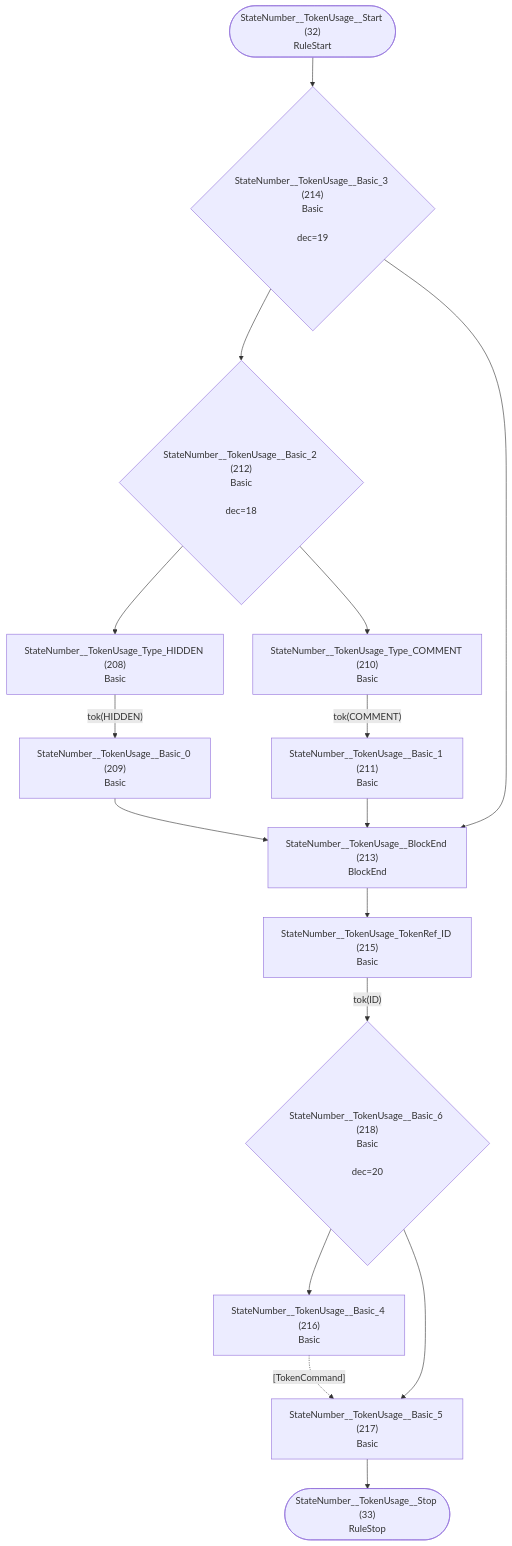
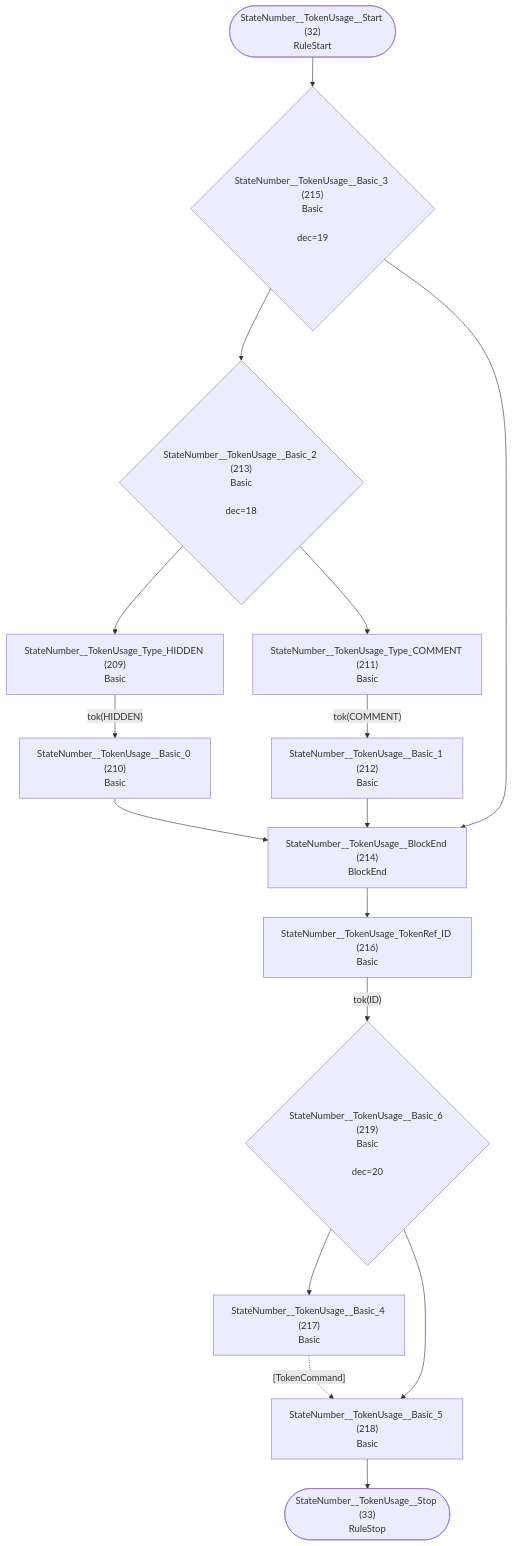
Diagram 17 of 32 in internal/grammar/atn.md (TypeFox/fastbelt), drawn with Mermaid before and after one commit. The commit also changed other lines of this file and 6 other files, not shown here.

````diff
--- a/internal/grammar/atn.md
+++ b/internal/grammar/atn.md
@@ -479,32 +481,32 @@
 ```mermaid
 flowchart TD
     q32(["StateNumber__TokenUsage__Start (32)<br/>RuleStart"])
     q33(["StateNumber__TokenUsage__Stop (33)<br/>RuleStop"])
-    q208["StateNumber__TokenUsage_Type_HIDDEN (208)<br/>Basic<br/>"]
-    q209["StateNumber__TokenUsage__Basic_0 (209)<br/>Basic<br/>"]
-    q210["StateNumber__TokenUsage_Type_COMMENT (210)<br/>Basic<br/>"]
-    q211["StateNumber__TokenUsage__Basic_1 (211)<br/>Basic<br/>"]
-    q212{"StateNumber__TokenUsage__Basic_2 (212)<br/>Basic<br/><br/>dec=18"}
-    q213["StateNumber__TokenUsage__BlockEnd (213)<br/>BlockEnd<br/>"]
-    q214{"StateNumber__TokenUsage__Basic_3 (214)<br/>Basic<br/><br/>dec=19"}
-    q215["StateNumber__TokenUsage_TokenRef_ID (215)<br/>Basic<br/>"]
-    q216["StateNumber__TokenUsage__Basic_4 (216)<br/>Basic<br/>"]
-    q217["StateNumber__TokenUsage__Basic_5 (217)<br/>Basic<br/>"]
-    q218{"StateNumber__TokenUsage__Basic_6 (218)<br/>Basic<br/><br/>dec=20"}
+    q209["StateNumber__TokenUsage_Type_HIDDEN (209)<br/>Basic<br/>"]
+    q210["StateNumber__TokenUsage__Basic_0 (210)<br/>Basic<br/>"]
+    q211["StateNumber__TokenUsage_Type_COMMENT (211)<br/>Basic<br/>"]
+    q212["StateNumber__TokenUsage__Basic_1 (212)<br/>Basic<br/>"]
+    q213{"StateNumber__TokenUsage__Basic_2 (213)<br/>Basic<br/><br/>dec=18"}
+    q214["StateNumber__TokenUsage__BlockEnd (214)<br/>BlockEnd<br/>"]
+    q215{"StateNumber__TokenUsage__Basic_3 (215)<br/>Basic<br/><br/>dec=19"}
+    q216["StateNumber__TokenUsage_TokenRef_ID (216)<br/>Basic<br/>"]
+    q217["StateNumber__TokenUsage__Basic_4 (217)<br/>Basic<br/>"]
+    q218["StateNumber__TokenUsage__Basic_5 (218)<br/>Basic<br/>"]
+    q219{"StateNumber__TokenUsage__Basic_6 (219)<br/>Basic<br/><br/>dec=20"}
 
-    q32 --> q214
-    q208 -->|"tok(HIDDEN)"| q209
-    q209 --> q213
-    q210 -->|"tok(COMMENT)"| q211
-    q211 --> q213
-    q212 --> q208
-    q212 --> q210
-    q213 --> q215
-    q214 --> q212
-    q214 --> q213
-    q215 -->|"tok(ID)"| q218
-    q216 -.->|"[TokenCommand]"| q217
-    q217 --> q33
-    q218 --> q216
-    q218 --> q217
+    q32 --> q215
+    q209 -->|"tok(HIDDEN)"| q210
+    q210 --> q214
+    q211 -->|"tok(COMMENT)"| q212
+    q212 --> q214
+    q213 --> q209
+    q213 --> q211
+    q214 --> q216
+    q215 --> q213
+    q215 --> q214
+    q216 -->|"tok(ID)"| q219
+    q217 -.->|"[TokenCommand]"| q218
+    q218 --> q33
+    q219 --> q217
+    q219 --> q218
 ```
````
